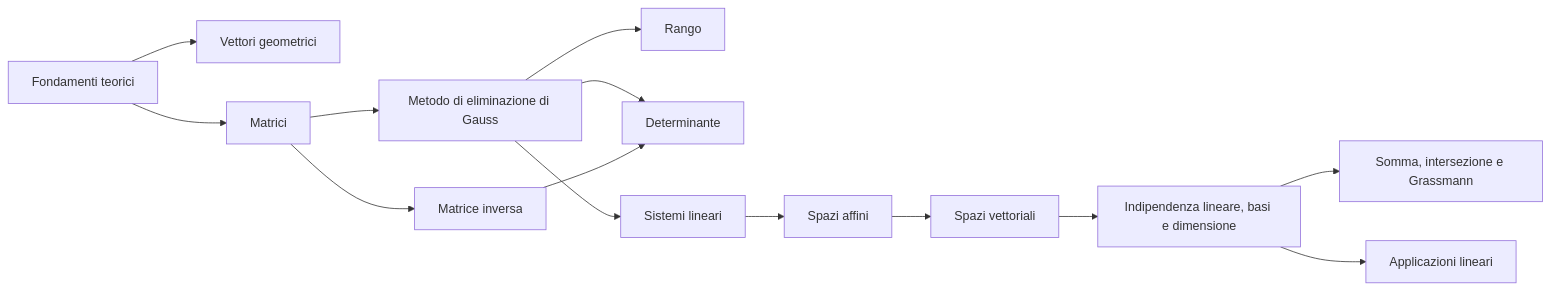
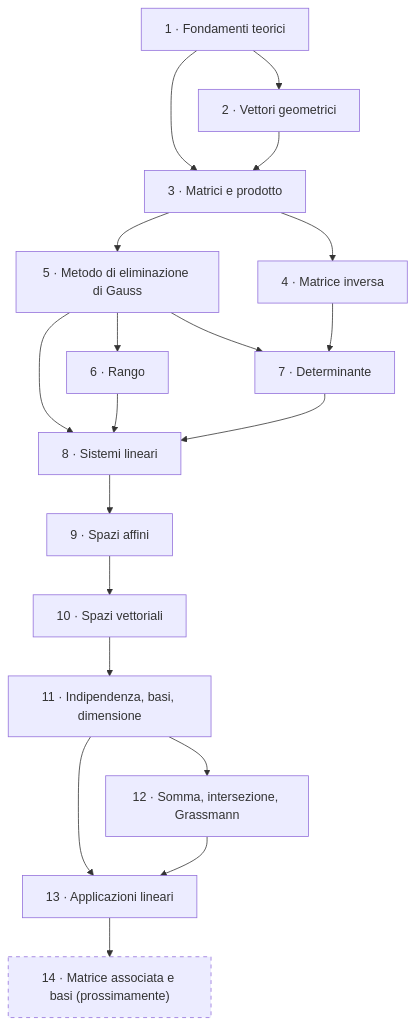
Before and after one commit to rikytomasoni-pixel/Studio: the diagram in 2026-2027/20_Geometria_Algebra_Lineare/00_MOC_GAL.md, drawn with Mermaid. The commit also changed other lines of this file and 13 other files, not shown here.

````diff
--- a/2026-2027/20_Geometria_Algebra_Lineare/00_MOC_GAL.md
+++ b/2026-2027/20_Geometria_Algebra_Lineare/00_MOC_GAL.md
@@ -12,16 +50,28 @@
 ```mermaid
-flowchart LR
-    A[Fondamenti teorici] --> B[Vettori geometrici]
-    A --> C[Matrici]
-    C --> D[Matrice inversa]
-    C --> E[Metodo di eliminazione di Gauss]
-    E --> F[Rango]
-    E --> G[Determinante]
-    D --> G
-    E --> H[Sistemi lineari]
-    H --> I[Spazi affini]
-    I --> J[Spazi vettoriali]
-    J --> K[Indipendenza lineare, basi e dimensione]
-    K --> L[Somma, intersezione e Grassmann]
-    K --> M[Applicazioni lineari]
+flowchart TD
+    G1["1 · Fondamenti teorici"] --> G2["2 · Vettori geometrici"]
+    G1 --> G3["3 · Matrici e prodotto"]
+    G2 --> G3
+    G3 --> G4["4 · Matrice inversa"]
+    G3 --> G5["5 · Metodo di eliminazione di Gauss"]
+    G5 --> G6["6 · Rango"]
+    G5 --> G7["7 · Determinante"]
+    G4 --> G7
+    G5 --> G8["8 · Sistemi lineari"]
+    G6 --> G8
+    G7 --> G8
+    G8 --> G9["9 · Spazi affini"]
+    G9 --> G10["10 · Spazi vettoriali"]
+    G10 --> G11["11 · Indipendenza, basi, dimensione"]
+    G11 --> G12["12 · Somma, intersezione, Grassmann"]
+    G11 --> G13["13 · Applicazioni lineari"]
+    G12 --> G13
+    G13 --> G14["14 · Matrice associata e basi (prossimamente)"]
+
+    classDef fatto fill:#c8e6c9,stroke:#2e7d32,color:#000
+    classDef corso fill:#fff3cd,stroke:#b8860b,color:#000
+    classDef futuro stroke-dasharray: 5 5
+    class G14 futuro
+    %% class G1,G2 fatto
+    %% class G3 corso
 ```
````
